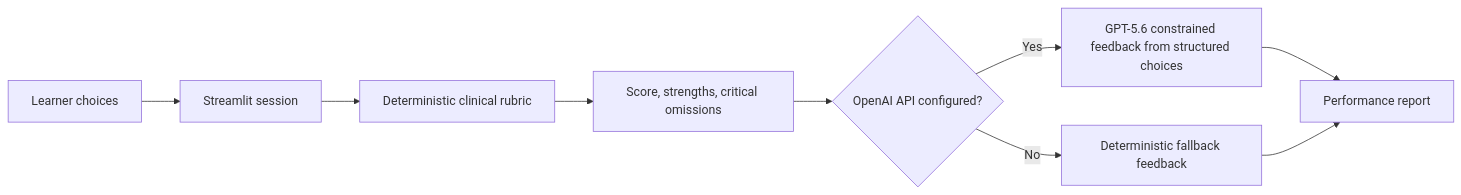
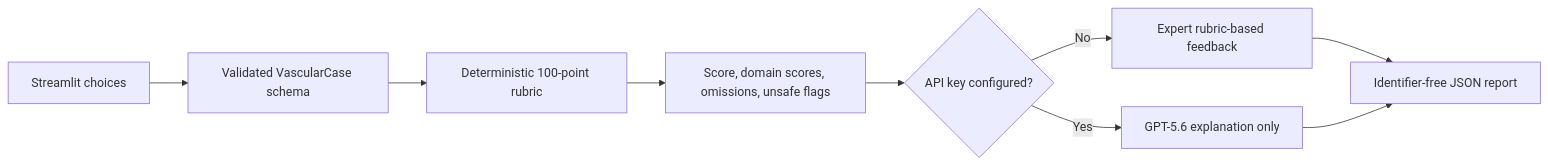
Before and after one commit to Raedennab9/VascuCase_AI_Build_Week_MVP: the diagram in README.md, drawn with Mermaid. The commit also changed other lines of this file and 19 other files, not shown here.

````diff
--- a/README.md
+++ b/README.md
@@ -31,11 +26,11 @@
 ```mermaid
 flowchart LR
-    A[Learner choices] --> B[Streamlit session]
-    B --> C[Deterministic clinical rubric]
-    C --> D[Score, strengths, critical omissions]
-    D --> E{OpenAI API configured?}
-    E -- Yes --> F[GPT-5.6 constrained feedback from structured choices]
-    E -- No --> G[Deterministic fallback feedback]
-    F --> H[Performance report]
+    A["Streamlit choices"] --> B["Validated VascularCase schema"]
+    B --> C["Deterministic 100-point rubric"]
+    C --> D["Score, domain scores, omissions, unsafe flags"]
+    D --> E{"API key configured?"}
+    E -- No --> F["Expert rubric-based feedback"]
+    E -- Yes --> G["GPT-5.6 explanation only"]
+    F --> H["Identifier-free JSON report"]
     G --> H
 ```
````
